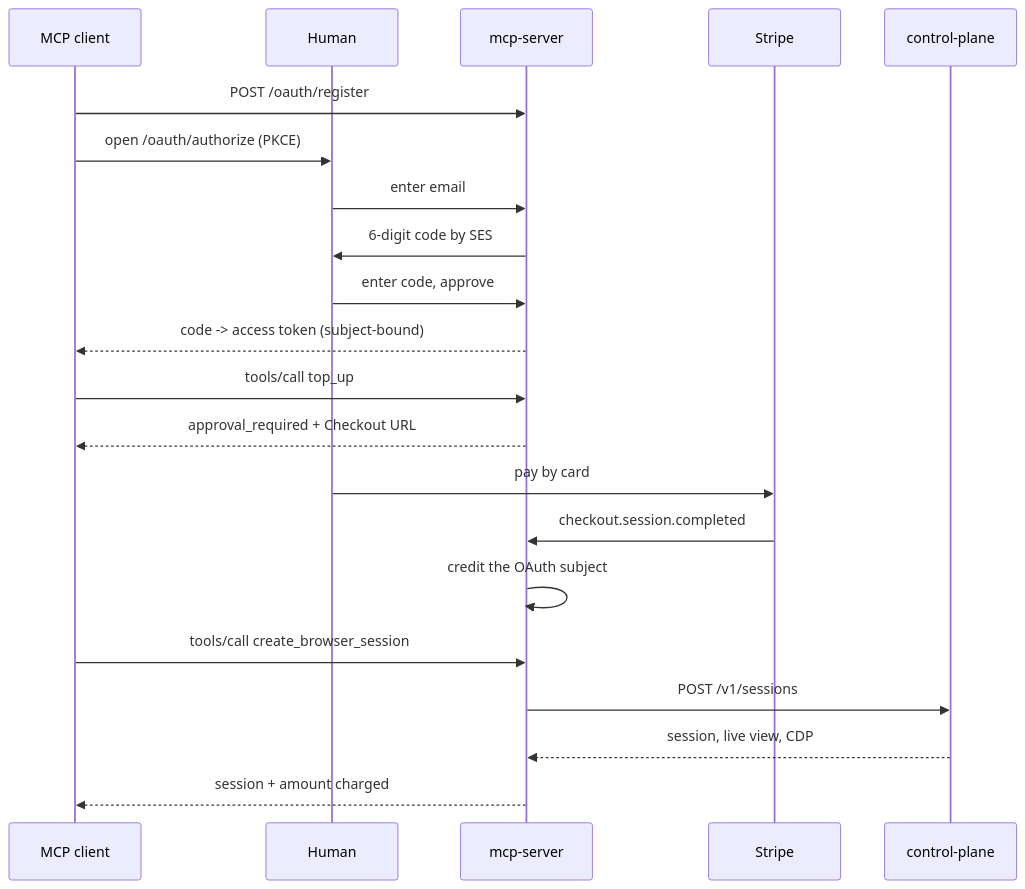
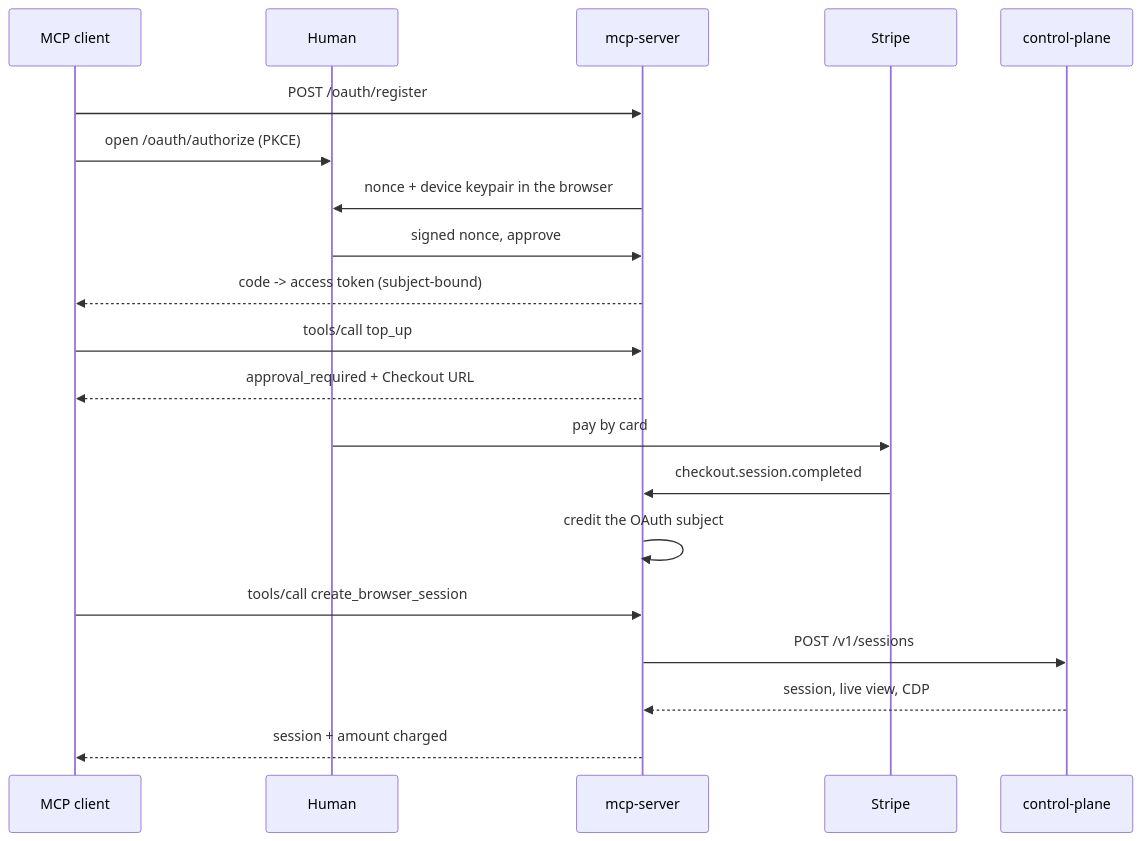
Before and after one commit to reclaimprotocol/popcorn-oss: the diagram in docs/mcp-server.md, drawn with Mermaid. The commit also changed other lines of this file and 10 other files, not shown here.

Commit message:
feat(mcp-server): anonymous device-key identity, drop email OTP and SES

````diff
--- a/docs/mcp-server.md
+++ b/docs/mcp-server.md
@@ -15,24 +16,23 @@
 ```mermaid
 sequenceDiagram
     participant Agent as MCP client
     participant User as Human
     participant Mcp as mcp-server
     participant Stripe
     participant CP as control-plane
 
     Agent->>Mcp: POST /oauth/register
     Agent->>User: open /oauth/authorize (PKCE)
-    User->>Mcp: enter email
-    Mcp->>User: 6-digit code by SES
-    User->>Mcp: enter code, approve
+    Mcp->>User: nonce + device keypair in the browser
+    User->>Mcp: signed nonce, approve
     Mcp-->>Agent: code -> access token (subject-bound)
     Agent->>Mcp: tools/call top_up
     Mcp-->>Agent: approval_required + Checkout URL
     User->>Stripe: pay by card
     Stripe->>Mcp: checkout.session.completed
     Mcp->>Mcp: credit the OAuth subject
     Agent->>Mcp: tools/call create_browser_session
     Mcp->>CP: POST /v1/sessions
     CP-->>Mcp: session, live view, CDP
     Mcp-->>Agent: session + amount charged
 ```
````
